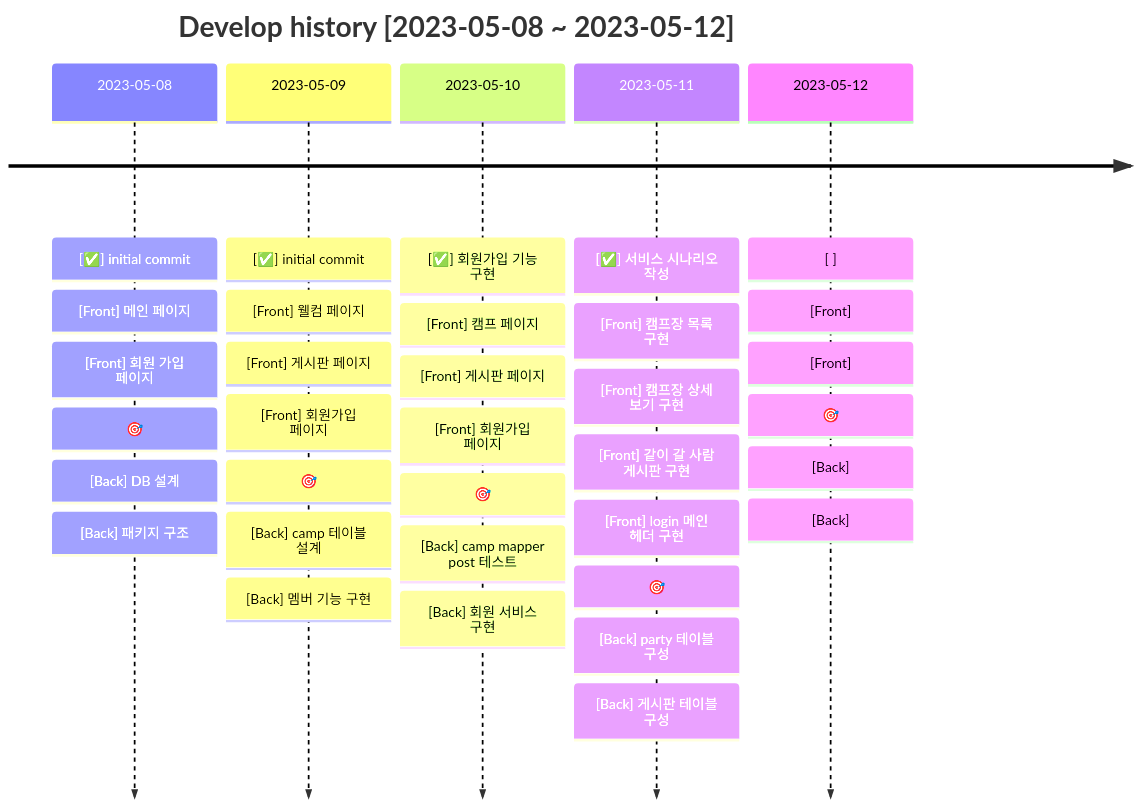
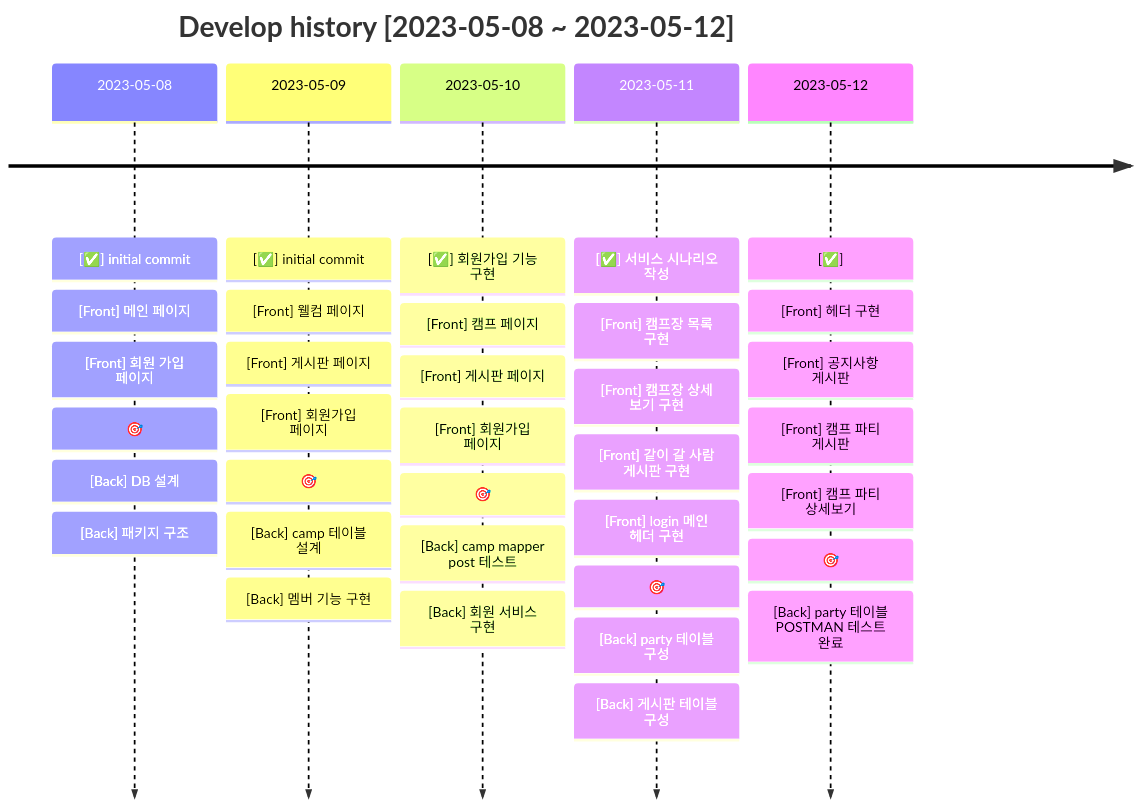
The second of 8 diagrams in docs/README.md (Choongang-Third-Project/jeju-campking), drawn with Mermaid before and after one commit. The commit also changed other lines of this file, not shown here.

Commit message:
:memo:  테이블 추가, 일정 추가

````diff
--- a/docs/README.md
+++ b/docs/README.md
@@ -66,38 +103,39 @@
 ```mermaid
 timeline
     title Develop history [2023-05-08 ~ 2023-05-12]
     2023-05-08: [✅] initial commit
             : [Front] 메인 페이지
             : [Front] 회원 가입 페이지
             : 🎯
             : [Back] DB 설계
             : [Back] 패키지 구조
     2023-05-09: [✅] initial commit
             : [Front] 웰컴 페이지
             : [Front] 게시판 페이지
             : [Front] 회원가입 페이지
             : 🎯
             : [Back] camp 테이블 설계
             : [Back] 멤버 기능 구현
     2023-05-10: [✅] 회원가입 기능 구현
             : [Front] 캠프 페이지
             : [Front] 게시판 페이지
             : [Front] 회원가입 페이지
             : 🎯
             : [Back] camp mapper post 테스트
             : [Back] 회원 서비스 구현
-    2023-05-11: [✅] 서비스 시나리오 작성 
+    2023-05-11: [✅] 서비스 시나리오 작성
             : [Front] 캠프장 목록 구현
             : [Front] 캠프장 상세 보기 구현
             : [Front] 같이 갈 사람 게시판 구현
             : [Front] login 메인 헤더 구현
             : 🎯
             : [Back] party 테이블 구성
             : [Back] 게시판 테이블 구성
-    2023-05-12: [ ]
-            : [Front]
-            : [Front]
+    2023-05-12: [✅]
+            : [Front] 헤더 구현
+            : [Front] 공지사항 게시판
+            : [Front] 캠프 파티 게시판
+            : [Front] 캠프 파티 상세보기
             : 🎯
-            : [Back]
-            : [Back]
+            : [Back] party 테이블 POSTMAN 테스트 완료
 ```
````
